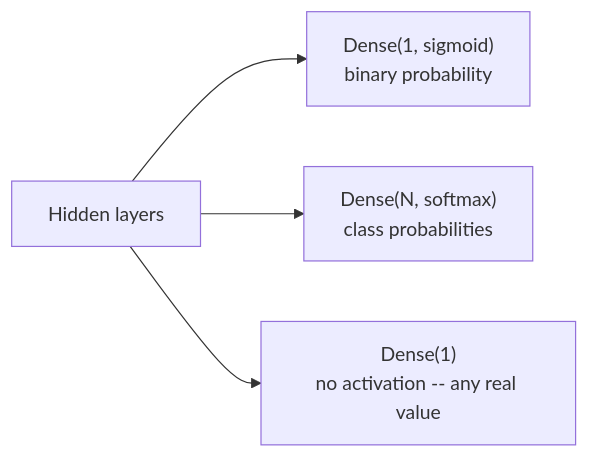
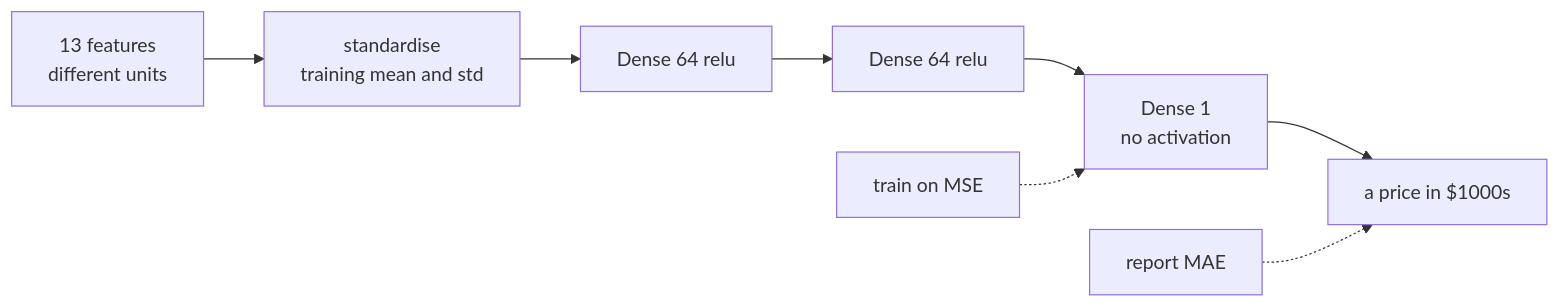
The diagram in src/content/docs/Deep Learning/Phase 01 - Neural Network Foundations/First Example Predicting House Prices (Regression).mdx (Ravikisha/PythonCentralHub), drawn with Mermaid before and after one commit. The commit also changed other lines of this file and 626 other files, not shown here.

````diff
--- a/src/content/docs/Deep Learning/Phase 01 - Neural Network Foundations/First Example Predicting House Prices (Regression).mdx
+++ b/src/content/docs/Deep Learning/Phase 01 - Neural Network Foundations/First Example Predicting House Prices (Regression).mdx
@@ -82,6 +98,10 @@
-```mermaid title="Classification vs. regression output layers" desc="Classification ends in sigmoid or softmax to produce probabilities; regression ends in a single linear unit that can output any real value."
+```mermaid
 flowchart LR
-  A["Hidden layers"] --> B["Dense(1, sigmoid)<br/>binary probability"]
-  A --> C["Dense(N, softmax)<br/>class probabilities"]
-  A --> D["Dense(1)<br/>no activation -- any real value"]
+  A["13 features<br/>different units"] --> B["standardise<br/>training mean and std"]
+  B --> C["Dense 64 relu"]
+  C --> D["Dense 64 relu"]
+  D --> E["Dense 1<br/>no activation"]
+  E --> F["a price in $1000s"]
+  G["train on MSE"] -.-> E
+  H["report MAE"] -.-> F
 ```
````
